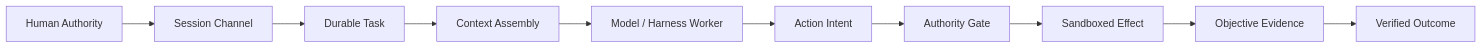
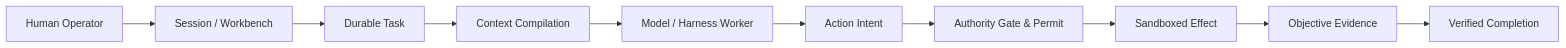
The diagram in README.md (civi0411/Custos), drawn with Mermaid before and after one commit. The commit also changed other lines of this file and 7 other files, not shown here.

Commit message:
docs(i18n): harmonize SADE architectural specifications across 7 languages

````diff
--- a/README.md
+++ b/README.md
@@ -49,12 +48,12 @@
 ```mermaid
 flowchart LR
-    Human[Human Authority] --> Session[Session Channel]
+    Human[Human Operator] --> Session[Session / Workbench]
     Session --> Task[Durable Task]
-    Task --> Context[Context Assembly]
+    Task --> Context[Context Compilation]
     Context --> Worker[Model / Harness Worker]
     Worker --> Intent[Action Intent]
-    Intent --> Gate[Authority Gate]
+    Intent --> Gate[Authority Gate & Permit]
     Gate --> Effect[Sandboxed Effect]
     Effect --> Evidence[Objective Evidence]
-    Evidence --> Outcome[Verified Outcome]
+    Evidence --> Outcome[Verified Completion]
 ```
````
